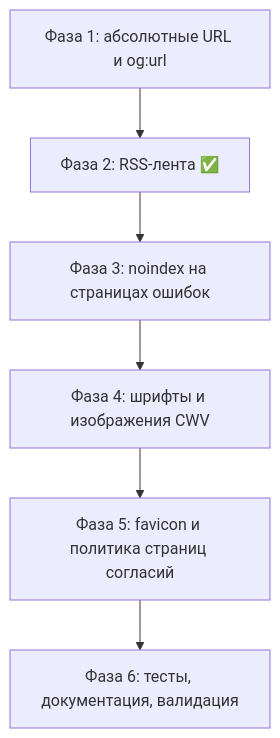
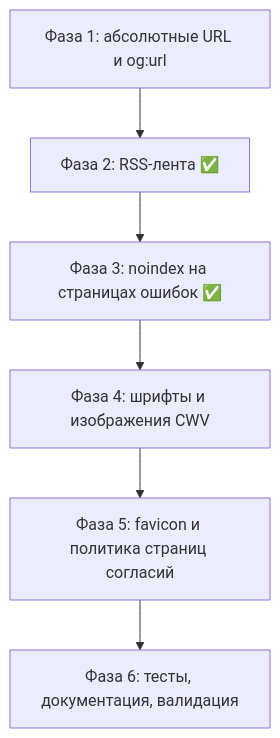
Before and after one commit to alexchasx/laravel-orchid-blog: the diagram in plans/seo-optimization-next.md, drawn with Mermaid. The commit also changed other lines of this file and 14 other files, not shown here.

Commit message:
seo-optimization-next: фаза 3 (noindex)

````diff
--- a/plans/seo-optimization-next.md
+++ b/plans/seo-optimization-next.md
@@ -62,8 +62,8 @@
 ```mermaid
 flowchart TD
     A[Фаза 1: абсолютные URL и og:url] --> B[Фаза 2: RSS-лента ✅]
-    B --> C[Фаза 3: noindex на страницах ошибок]
+    B --> C[Фаза 3: noindex на страницах ошибок ✅]
     C --> D[Фаза 4: шрифты и изображения CWV]
     D --> E[Фаза 5: favicon и политика страниц согласий]
     E --> F[Фаза 6: тесты, документация, валидация]
 ```
````
